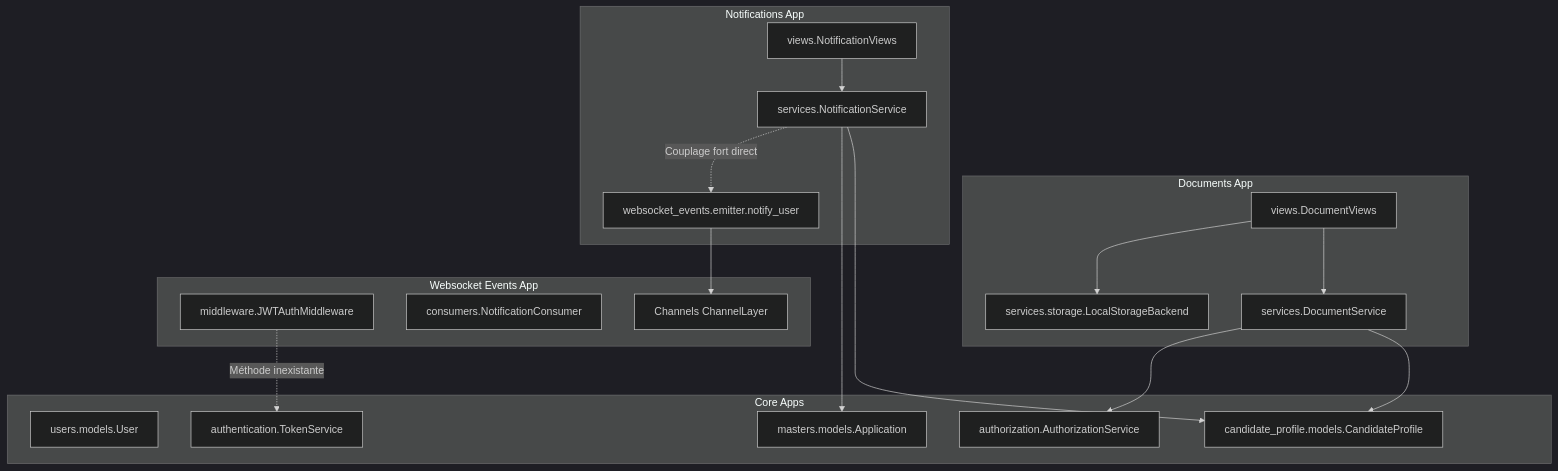
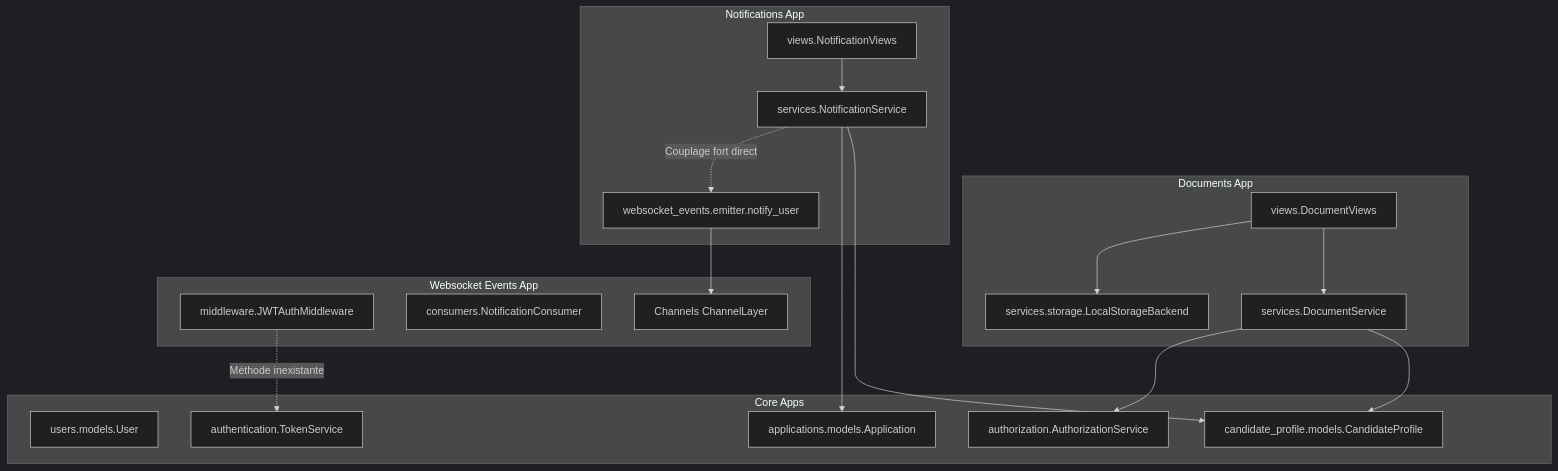
Before and after one commit to Daycem2003/backendMastere: the first of 2 diagrams in ARCHITECTURE_REVIEW.md, drawn with Mermaid (dark theme). The commit also changed other lines of this file and 9 other files, not shown here.

````diff
--- a/ARCHITECTURE_REVIEW.md
+++ b/ARCHITECTURE_REVIEW.md
@@ -13,30 +13,30 @@
 ```mermaid
 graph TD
     subgraph Core Apps
         USERS[users.models.User]
         CANDIDATE[candidate_profile.models.CandidateProfile]
-        MASTERS[masters.models.Application]
+        APPLICATIONS[applications.models.Application]
         AUTH[authentication.TokenService]
         AUTHZ[authorization.AuthorizationService]
     end
 
     subgraph Documents App
         DOC_V[views.DocumentViews] --> DOC_S[services.DocumentService]
         DOC_S --> CANDIDATE
         DOC_S --> AUTHZ
         DOC_V --> STORAGE[services.storage.LocalStorageBackend]
     end
 
     subgraph Notifications App
         NOTIF_V[views.NotificationViews] --> NOTIF_S[services.NotificationService]
         NOTIF_S --> CANDIDATE
-        NOTIF_S --> MASTERS
+        NOTIF_S --> APPLICATIONS
         NOTIF_S -.->|Couplage fort direct| WS_EMIT[websocket_events.emitter.notify_user]
     end
 
     subgraph Websocket Events App
         WS_MID[middleware.JWTAuthMiddleware] -.->|Méthode inexistante| AUTH
         WS_CON[consumers.NotificationConsumer]
         WS_EMIT --> CHANNELS[Channels ChannelLayer]
     end
 ```
````
